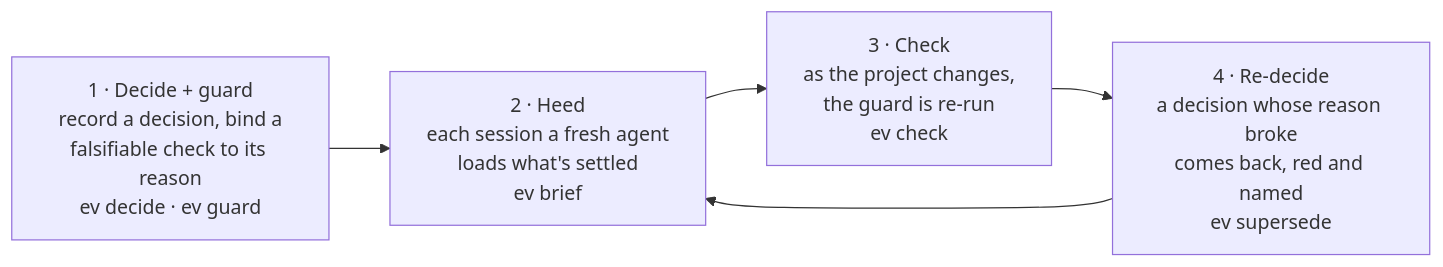
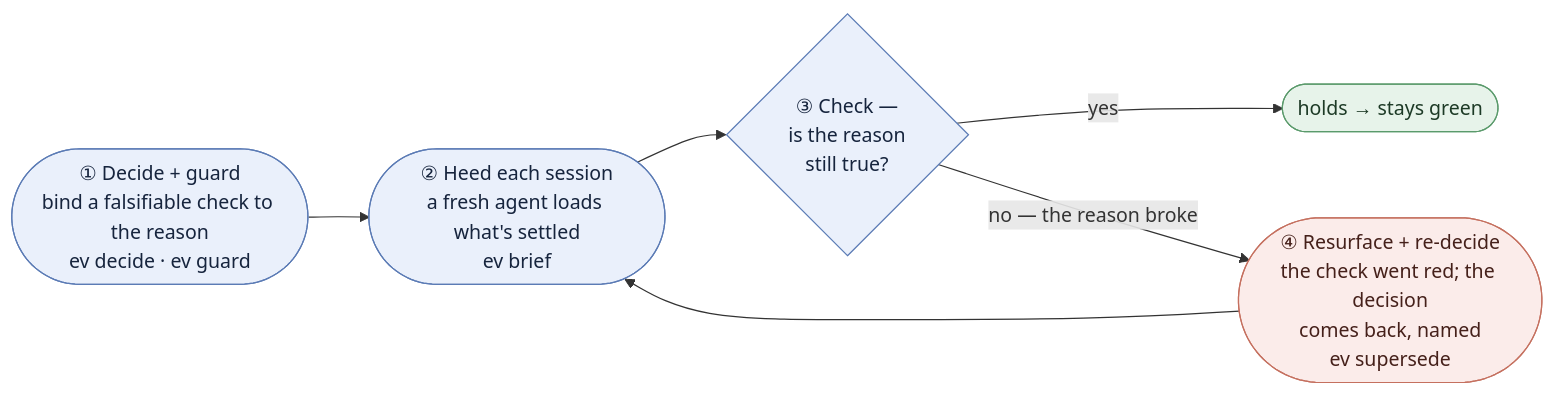
Before and after one commit to wan9yu/evolving: the diagram in README.md, drawn with Mermaid. The commit also changed 1 other file, not shown here.

Commit message:
docs: redraw the How-it-works diagram + make zh punctuation full-width-consistent
The diagram now branches on the distinctive trigger — a decision diamond 'is the
reason still true?' splitting to green (holds) vs a red resurface+re-decide step —
so the premise-falsification mechanism is visual, not just prose. Adds tasteful
semantic colour (step / holds / alert) via classDef. The zh 'how it works' prose,
which had drifted to half-width punctuation, is now full-width-consistent with the
rest of the zh README.

````diff
--- a/README.md
+++ b/README.md
@@ -25,8 +25,18 @@
 ```mermaid
 flowchart LR
-    D["1 · Decide + guard<br/>record a decision, bind a<br/>falsifiable check to its reason<br/>ev decide · ev guard"]
-    B["2 · Heed<br/>each session a fresh agent<br/>loads what's settled<br/>ev brief"]
-    C["3 · Check<br/>as the project changes,<br/>the guard is re-run<br/>ev check"]
-    R["4 · Re-decide<br/>a decision whose reason broke<br/>comes back, red and named<br/>ev supersede"]
-    D --> B --> C --> R --> B
+    D(["① Decide + guard<br/>bind a falsifiable check to the reason<br/>ev decide · ev guard"])
+    H(["② Heed each session<br/>a fresh agent loads what's settled<br/>ev brief"])
+    C{"③ Check —<br/>is the reason<br/>still true?"}
+    OK(["holds → stays green"])
+    R(["④ Resurface + re-decide<br/>the check went red; the decision<br/>comes back, named<br/>ev supersede"])
+    D --> H --> C
+    C -->|yes| OK
+    C -->|"no — the reason broke"| R
+    R --> H
+    classDef step fill:#eaf0fb,stroke:#5b7bb5,color:#16243d;
+    classDef good fill:#e7f3ea,stroke:#5a9a6b,color:#1d3a26;
+    classDef alert fill:#fbecea,stroke:#c5705f,color:#45201a;
+    class D,H,C step
+    class OK good
+    class R alert
 ```
````
